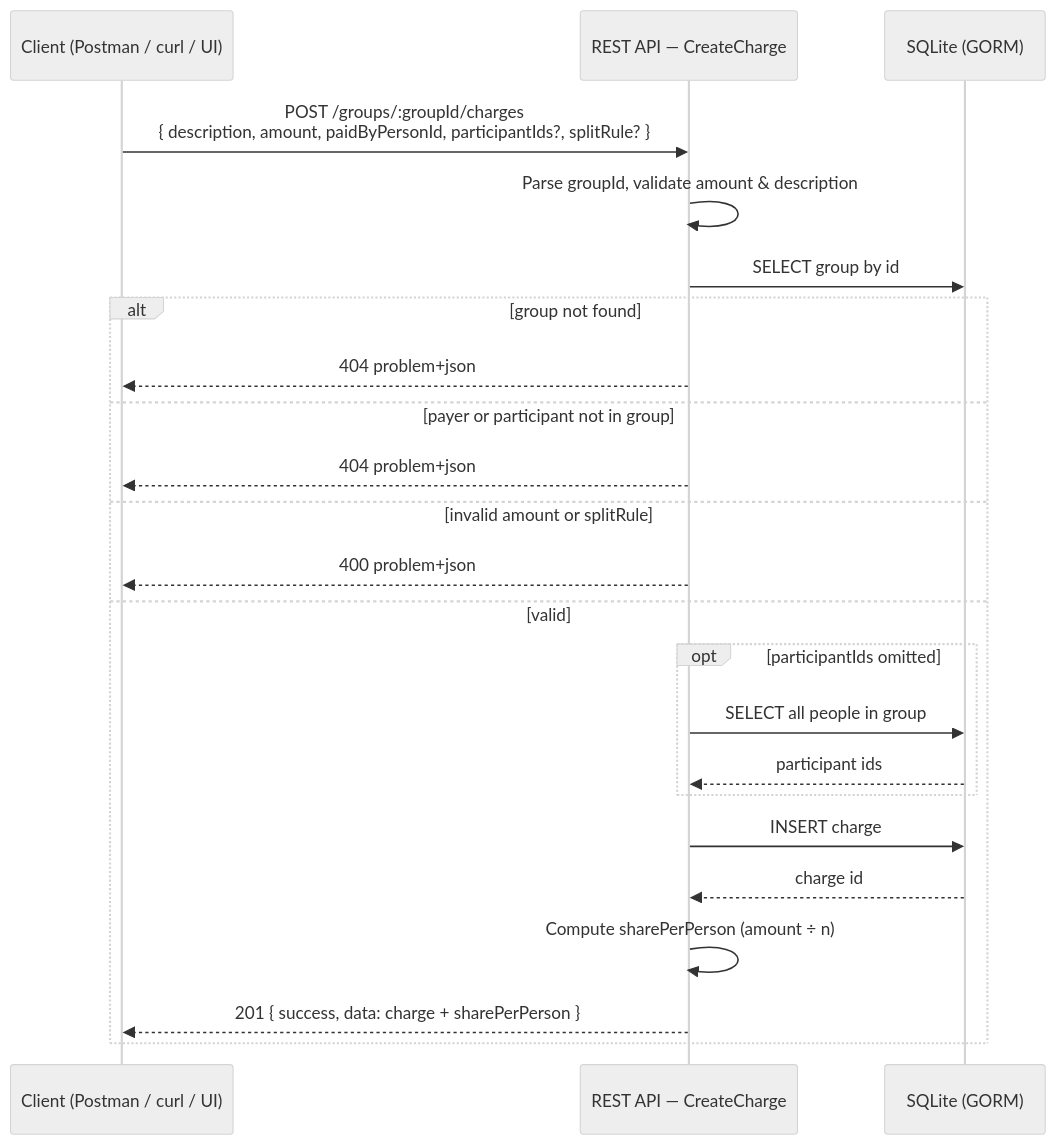
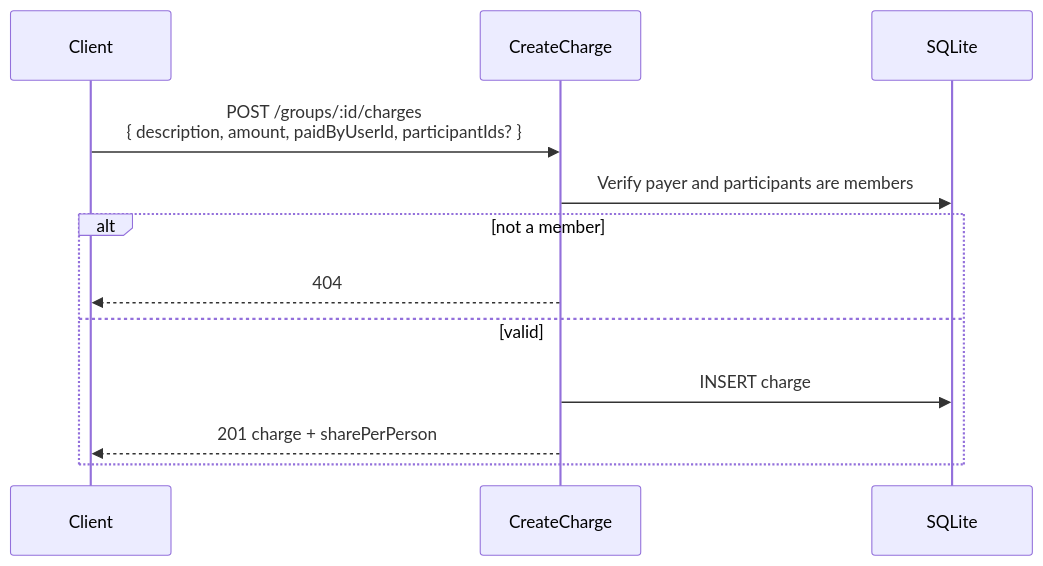
The fourth of 5 diagrams in docs/deliverable2-doc.md (uona-cmsc501-1-summer2026-nanlin/practicum-project), drawn with Mermaid before and after one commit. The commit also changed other lines of this file and 48 other files, not shown here.

First line of the commit message:
Add Split It web app with categories, charge dates, and overview/settlement views.

````diff
--- a/docs/deliverable2-doc.md
+++ b/docs/deliverable2-doc.md
@@ -161,31 +148,15 @@
 ```mermaid
----
-config:
-  look: handDrawn
-  theme: neutral
----
 sequenceDiagram
-    participant Client as Client (Postman / curl / UI)
-    participant API as REST API — CreateCharge
-    participant DB as SQLite (GORM)
+    participant Client as Client
+    participant API as CreateCharge
+    participant DB as SQLite
 
-    Client->>API: POST /groups/:groupId/charges<br/>{ description, amount, paidByPersonId, participantIds?, splitRule? }
-    API->>API: Parse groupId, validate amount & description
-    API->>DB: SELECT group by id
-    alt group not found
-        API-->>Client: 404 problem+json
-    else payer or participant not in group
-        API-->>Client: 404 problem+json
-    else invalid amount or splitRule
-        API-->>Client: 400 problem+json
+    Client->>API: POST /groups/:id/charges<br/>{ description, amount, paidByUserId, participantIds? }
+    API->>DB: Verify payer and participants are members
+    alt not a member
+        API-->>Client: 404
     else valid
-        opt participantIds omitted
-            API->>DB: SELECT all people in group
-            DB-->>API: participant ids
-        end
         API->>DB: INSERT charge
-        DB-->>API: charge id
-        API->>API: Compute sharePerPerson (amount ÷ n)
-        API-->>Client: 201 { success, data: charge + sharePerPerson }
+        API-->>Client: 201 charge + sharePerPerson
     end
 ```
````
